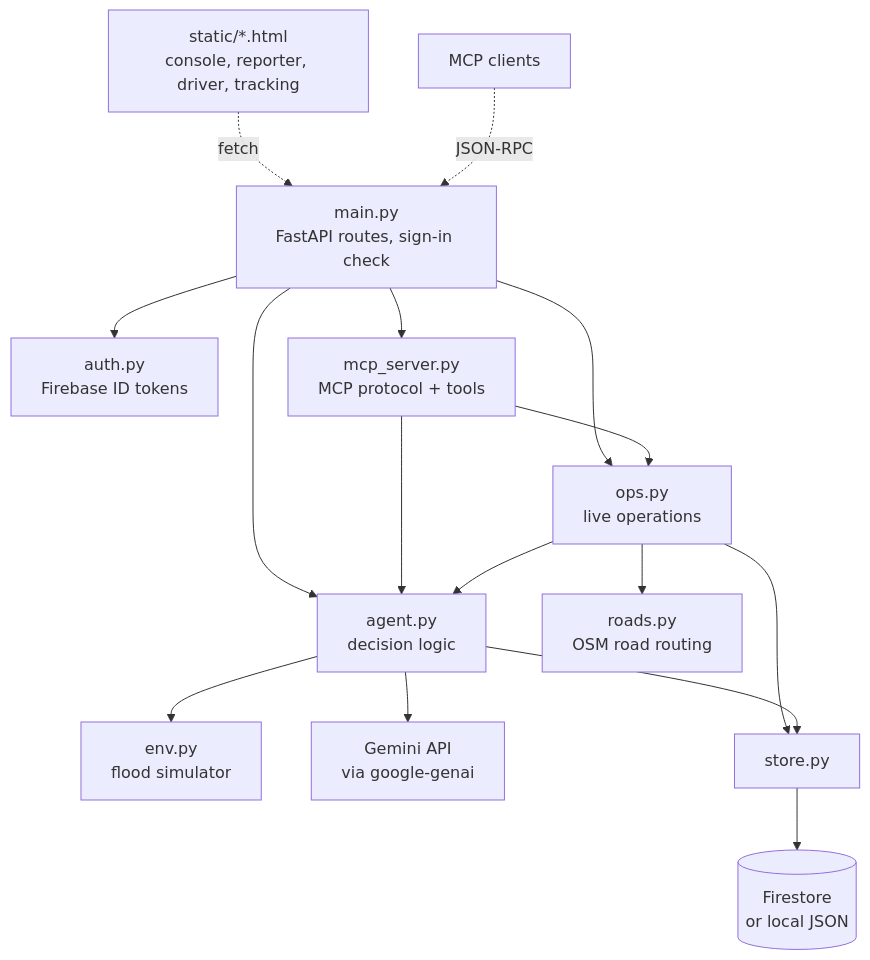
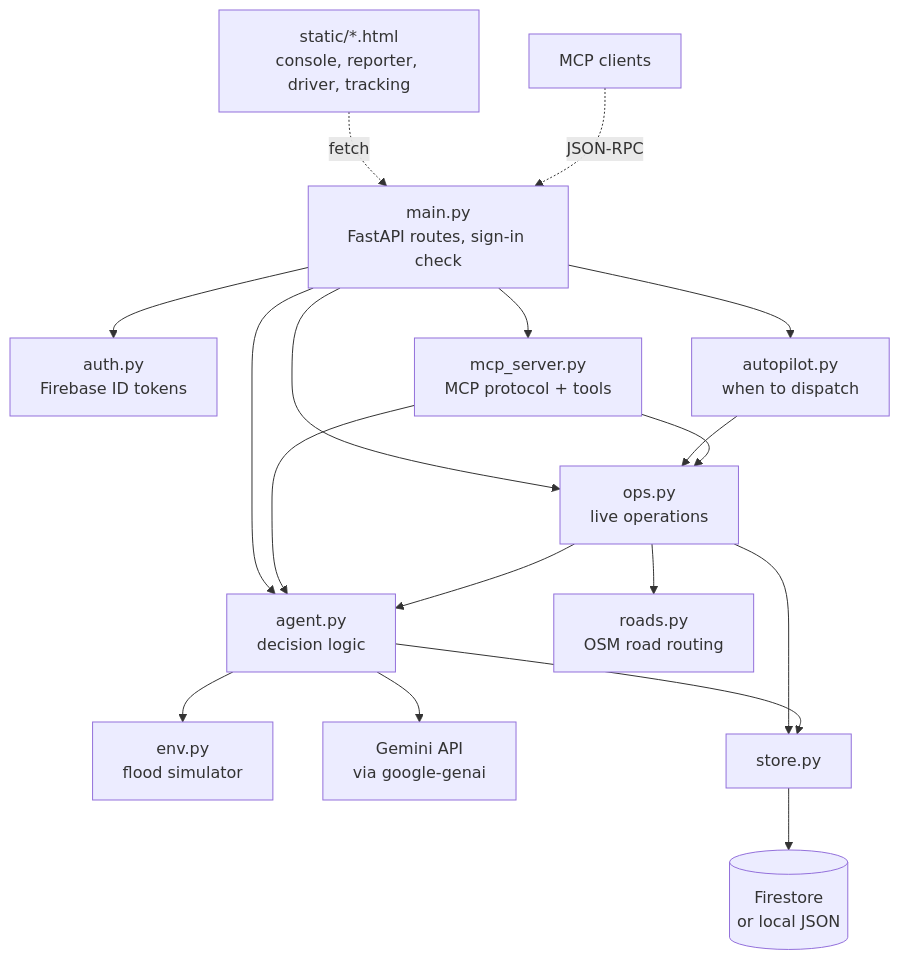
The first of 7 diagrams in docs/architecture.md (Pranav-0710/reliefroute), drawn with Mermaid before and after one commit. The commit also changed other lines of this file and 11 other files, not shown here.

````diff
--- a/docs/architecture.md
+++ b/docs/architecture.md
@@ -22,18 +22,20 @@
 ```mermaid
 flowchart TD
     page["static/*.html<br/>console, reporter, driver, tracking"] -.->|fetch| main["main.py<br/>FastAPI routes, sign-in check"]
     ext["MCP clients"] -.->|JSON-RPC| main
     main --> auth["auth.py<br/>Firebase ID tokens"]
     main --> ops["ops.py<br/>live operations"]
+    main --> auto["autopilot.py<br/>when to dispatch"]
+    auto --> ops
     main --> mcp["mcp_server.py<br/>MCP protocol + tools"]
     main --> agent["agent.py<br/>decision logic"]
     mcp --> agent
     mcp --> ops
     ops --> agent
     ops --> roads["roads.py<br/>OSM road routing"]
     agent --> env["env.py<br/>flood simulator"]
     agent --> gemini["Gemini API<br/>via google-genai"]
     ops --> store["store.py"]
     agent --> store
     store --> fs[("Firestore<br/>or local JSON")]
 ```
````
